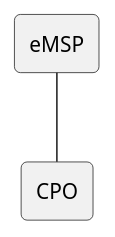
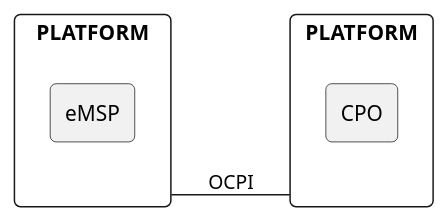
One commit to ocpi/ocpi changed the diagram in plantuml/architecture_direct.plantuml. Above: the diagram before and after it, drawn with PlantUML. The commit also changed 13 other files, not shown here.

Commit message:
Minor improvements to the topology diagrams to make them more consistent

```diff
--- a/plantuml/architecture_direct.plantuml
+++ b/plantuml/architecture_direct.plantuml
@@ -1,11 +1,22 @@
 @startuml
 
 skinparam agent {
 	roundCorner 8
 }
 
-agent eMSP
-agent CPO
-eMSP -- CPO
+skinparam rectangle {
+	roundCorner 8
+}
+
+left to right direction
+
+rectangle PLATFORM as eMSPP {
+  agent eMSP
+}
+
+rectangle PLATFORM as CPOP {
+  agent CPO
+}
+eMSPP -- CPOP: OCPI
 
 @enduml
```
